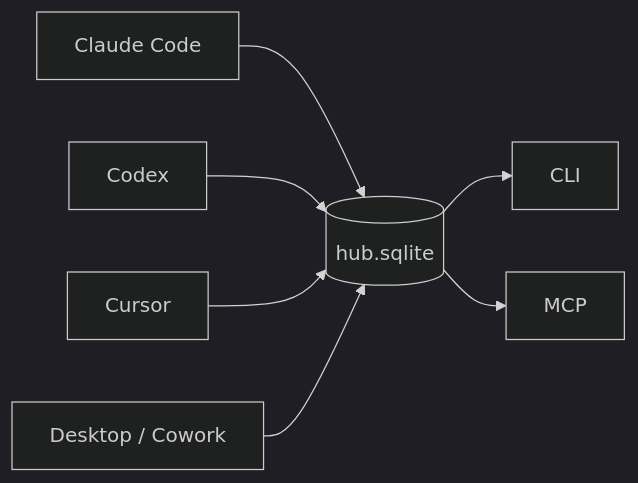
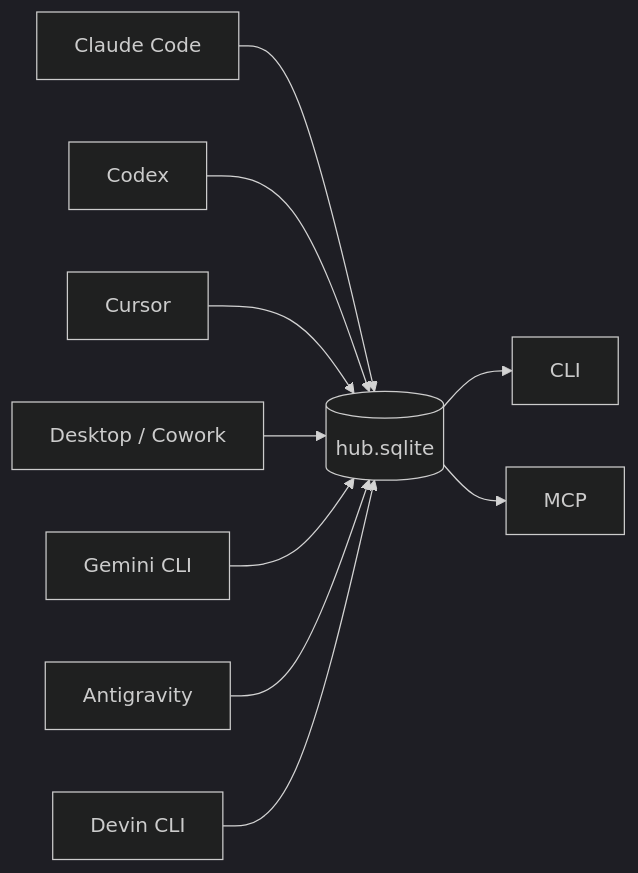
Before and after one commit to arlinamid/centered-agent-memory: the diagram in README.hu.md, drawn with Mermaid (dark theme). The commit also changed other lines of this file and 45 other files, not shown here.

First line of the commit message:
feat: index Gemini CLI, Devin CLI and Antigravity, and add cam update

````diff
--- a/README.hu.md
+++ b/README.hu.md
@@ -51,9 +51,12 @@
 ```mermaid
 flowchart LR
   A[Claude Code] --> H[(hub.sqlite)]
   B[Codex] --> H
   C[Cursor] --> H
   D[Desktop / Cowork] --> H
+  E[Gemini CLI] --> H
+  F[Antigravity] --> H
+  G[Devin CLI] --> H
   H --> CLI
   H --> MCP
 ```
````
